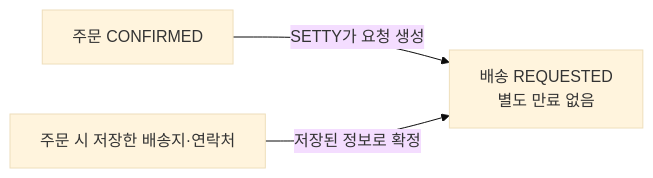
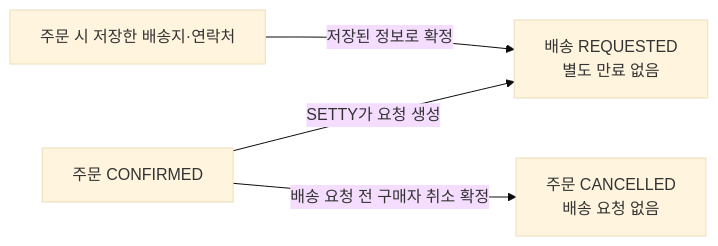
Before and after one commit to woowacourse-teams/2026-setty: the first of 2 diagrams in docs/policy/delivery.md, drawn with Mermaid (base theme). The commit also changed other lines of this file and 2 other files, not shown here.

Commit message:
docs: 배송 요청 전 구매자 취소 허용 정책 반영

````diff
--- a/docs/policy/delivery.md
+++ b/docs/policy/delivery.md
@@ -11,5 +12,6 @@
 ```mermaid
 flowchart LR
     O["주문 CONFIRMED"] -->|"SETTY가 요청 생성"| R["배송 REQUESTED<br/>별도 만료 없음"]
+    O -->|"배송 요청 전 구매자 취소 확정"| C["주문 CANCELLED<br/>배송 요청 없음"]
     S["주문 시 저장한 배송지·연락처"] -->|"저장된 정보로 확정"| R
 ```
````
